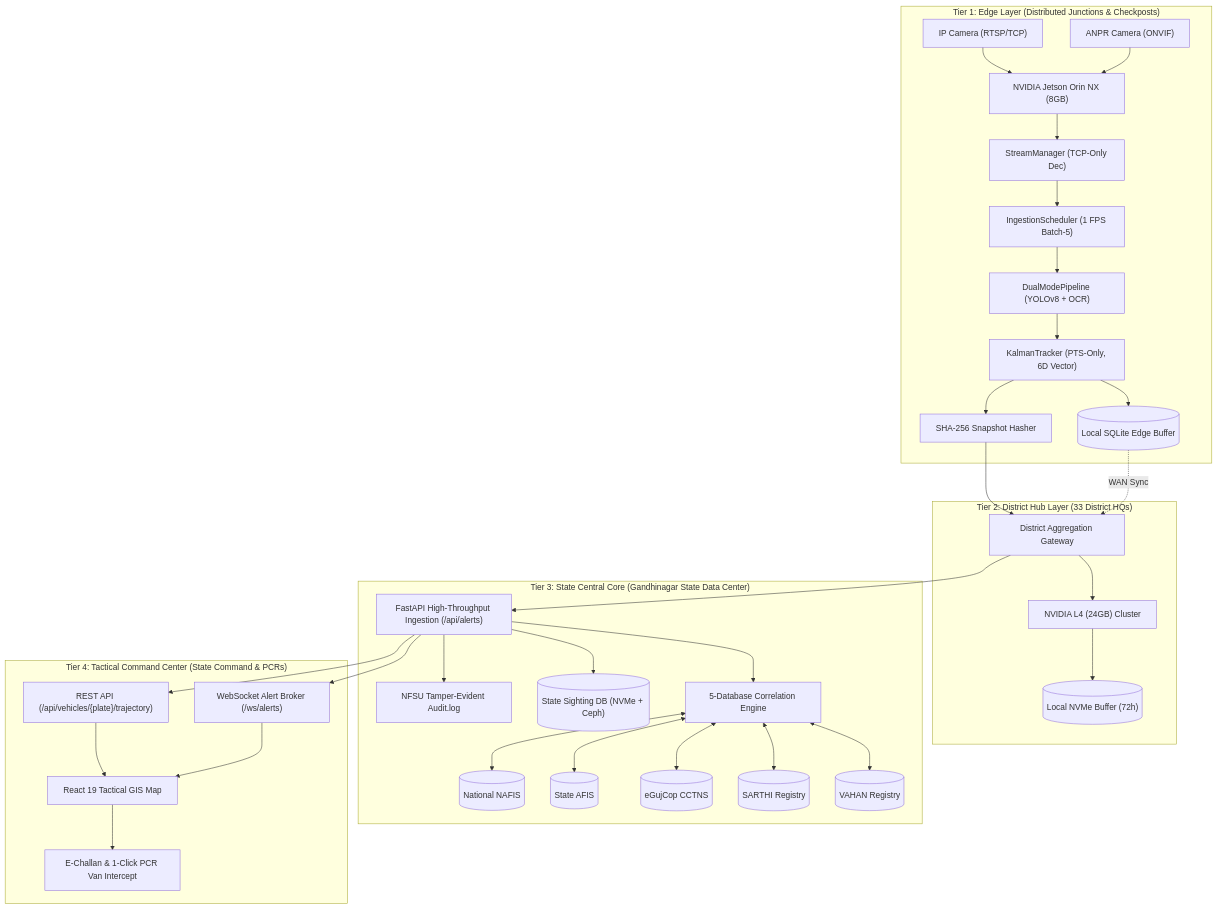
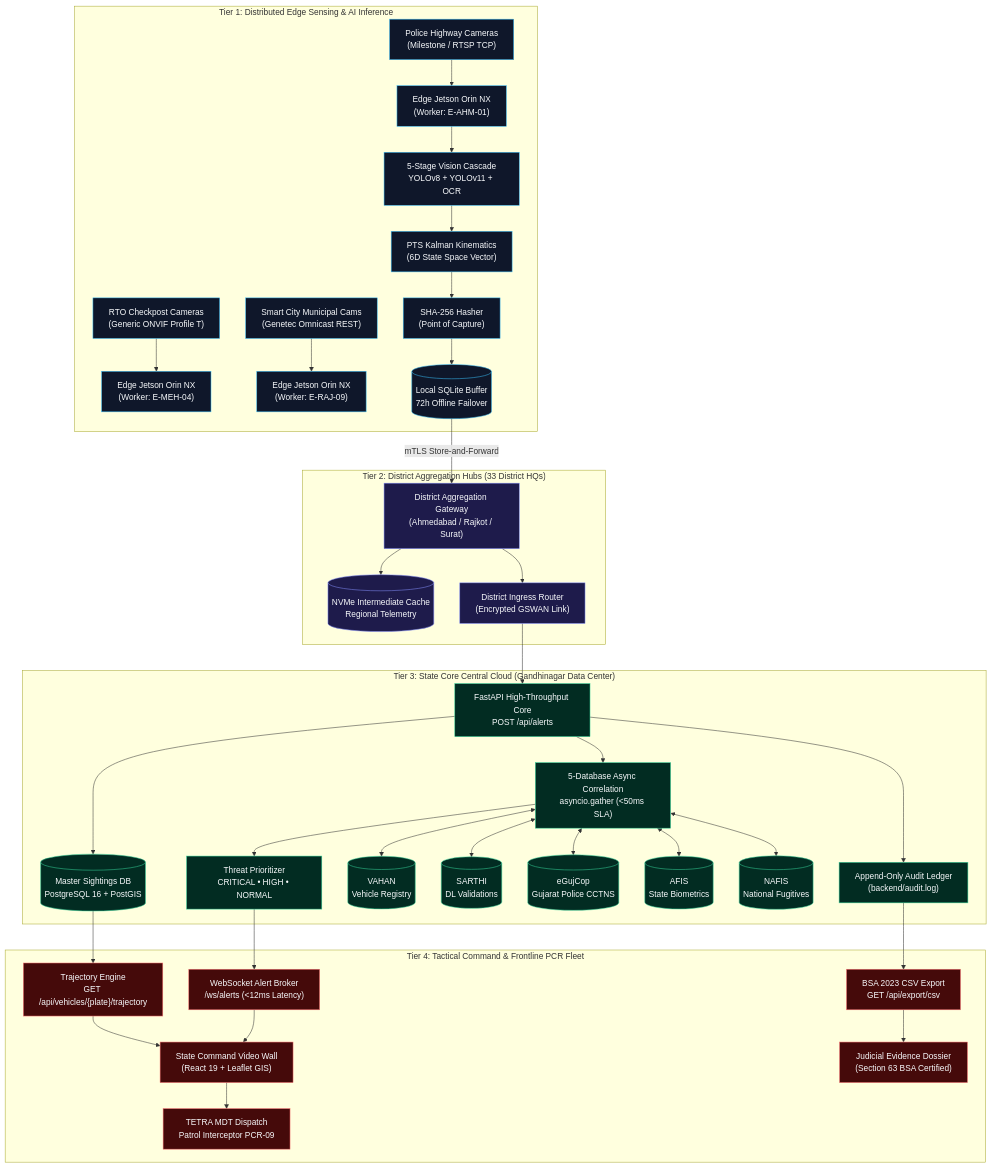
Before and after one commit to 0xvy/sentinel-2026: the first of 2 diagrams in docs/hld/SENTINEL_2026_HLD.md, drawn with Mermaid. The commit also changed other lines of this file and 3 other files, not shown here.

Commit message:
docs: add official Sentinel 2026 High-Level Design Architecture Document PDF and comprehensive 13-chapter HLD specification

````diff
--- a/docs/hld/SENTINEL_2026_HLD.md
+++ b/docs/hld/SENTINEL_2026_HLD.md
@@ -82,40 +83,55 @@
 ```mermaid
 graph TD
-    subgraph Tier1["Tier 1: Edge Layer (Distributed Junctions & Checkposts)"]
-        Cam1["IP Camera (RTSP/TCP)"] --> EdgeCluster["NVIDIA Jetson Orin NX (8GB)"]
-        Cam2["ANPR Camera (ONVIF)"] --> EdgeCluster
-        EdgeCluster --> Dec["StreamManager (TCP-Only Dec)"]
-        Dec --> Sched["IngestionScheduler (1 FPS Batch-5)"]
-        Sched --> Pipe["DualModePipeline (YOLOv8 + OCR)"]
-        Pipe --> Track["KalmanTracker (PTS-Only, 6D Vector)"]
-        Track --> EdgeDB[("Local SQLite Edge Buffer")]
-        Track --> Hash["SHA-256 Snapshot Hasher"]
+    subgraph SENSING_TIER["Tier 1: Distributed Edge Sensing & AI Inference"]
+        P_Cam["Police Highway Cameras<br/>(Milestone / RTSP TCP)"] --> Edge1["Edge Jetson Orin NX<br/>(Worker: E-AHM-01)"]
+        R_Cam["RTO Checkpost Cameras<br/>(Generic ONVIF Profile T)"] --> Edge2["Edge Jetson Orin NX<br/>(Worker: E-MEH-04)"]
+        M_Cam["Smart City Municipal Cams<br/>(Genetec Omnicast REST)"] --> Edge3["Edge Jetson Orin NX<br/>(Worker: E-RAJ-09)"]
+        
+        Edge1 --> V_Pipe1["5-Stage Vision Cascade<br/>YOLOv8 + YOLOv11 + OCR"]
+        V_Pipe1 --> K_Track1["PTS Kalman Kinematics<br/>(6D State Space Vector)"]
+        K_Track1 --> H_Sha1["SHA-256 Hasher<br/>(Point of Capture)"]
+        H_Sha1 --> E_Buff1[("Local SQLite Buffer<br/>72h Offline Failover")]
     end
 
-    subgraph Tier2["Tier 2: District Hub Layer (33 District HQs)"]
-        EdgeDB -.WAN Sync.-> DistGW["District Aggregation Gateway"]
-        Hash --> DistGW
-        DistGW --> DistProc["NVIDIA L4 (24GB) Cluster"]
-        DistProc --> DistCache[("Local NVMe Buffer (72h)")]
+    subgraph AGGREGATION_TIER["Tier 2: District Aggregation Hubs (33 District HQs)"]
+        E_Buff1 -->|mTLS Store-and-Forward| D_GW["District Aggregation Gateway<br/>(Ahmedabad / Rajkot / Surat)"]
+        D_GW --> D_NVMe[("NVMe Intermediate Cache<br/>Regional Telemetry")]
+        D_GW --> D_Load["District Ingress Router<br/>(Encrypted GSWAN Link)"]
     end
 
-    subgraph Tier3["Tier 3: State Central Core (Gandhinagar State Data Center)"]
-        DistGW --> CentralAPI["FastAPI High-Throughput Ingestion (/api/alerts)"]
-        CentralAPI --> CorrEng["5-Database Correlation Engine"]
-        CorrEng <--> VAHAN[("VAHAN Registry")]
-        CorrEng <--> SARTHI[("SARTHI Registry")]
-        CorrEng <--> eGujCop[("eGujCop CCTNS")]
-        CorrEng <--> AFIS[("State AFIS")]
-        CorrEng <--> NAFIS[("National NAFIS")]
-        CentralAPI --> StateDB[("State Sighting DB (NVMe + Ceph)")]
-        CentralAPI --> AuditLedger["NFSU Tamper-Evident Audit.log"]
+    subgraph STATE_CORE_TIER["Tier 3: State Core Central Cloud (Gandhinagar Data Center)"]
+        D_Load --> API_Ingest["FastAPI High-Throughput Core<br/>POST /api/alerts"]
+        API_Ingest --> S_MasterDB[("Master Sightings DB<br/>PostgreSQL 16 + PostGIS")]
+        API_Ingest --> S_AuditLog["Append-Only Audit Ledger<br/>(backend/audit.log)"]
+        
+        API_Ingest --> DB_Fanout["5-Database Async Correlation<br/>asyncio.gather (<50ms SLA)"]
+        DB_Fanout <--> D_VAHAN[("VAHAN<br/>Vehicle Registry")]
+        DB_Fanout <--> D_SARTHI[("SARTHI<br/>DL Validations")]
+        DB_Fanout <--> D_EGUJCOP[("eGujCop<br/>Gujarat Police CCTNS")]
+        DB_Fanout <--> D_AFIS[("AFIS<br/>State Biometrics")]
+        DB_Fanout <--> D_NAFIS[("NAFIS<br/>National Fugitives")]
+        
+        DB_Fanout --> Threat_Score["Threat Prioritizer<br/>CRITICAL • HIGH • NORMAL"]
     end
 
-    subgraph Tier4["Tier 4: Tactical Command Center (State Command & PCRs)"]
-        CentralAPI --> WSBroker["WebSocket Alert Broker (/ws/alerts)"]
-        WSBroker --> CommandUI["React 19 Tactical GIS Map"]
-        CentralAPI --> RESTAPI["REST API (/api/vehicles/{plate}/trajectory)"]
-        RESTAPI --> CommandUI
-        CommandUI --> PCRDispatch["E-Challan & 1-Click PCR Van Intercept"]
+    subgraph TACTICAL_TIER["Tier 4: Tactical Command & Frontline PCR Fleet"]
+        Threat_Score --> WS_Hub["WebSocket Alert Broker<br/>/ws/alerts (<12ms Latency)"]
+        S_MasterDB --> Traj_API["Trajectory Engine<br/>GET /api/vehicles/{plate}/trajectory"]
+        S_AuditLog --> CSV_Exp["BSA 2023 CSV Export<br/>GET /api/export/csv"]
+        
+        WS_Hub --> Tactical_UI["State Command Video Wall<br/>(React 19 + Leaflet GIS)"]
+        Traj_API --> Tactical_UI
+        Tactical_UI --> PCR_MDT["TETRA MDT Dispatch<br/>Patrol Interceptor PCR-09"]
+        CSV_Exp --> Court_Dossier["Judicial Evidence Dossier<br/>(Section 63 BSA Certified)"]
     end
+
+    classDef sTier fill:#0f172a,stroke:#38bdf8,stroke-width:1px,color:#f8fafc;
+    classDef aTier fill:#1e1b4b,stroke:#818cf8,stroke-width:1px,color:#f8fafc;
+    classDef cTier fill:#022c22,stroke:#34d399,stroke-width:1px,color:#f8fafc;
+    classDef tTier fill:#450a0a,stroke:#f87171,stroke-width:1px,color:#f8fafc;
+
+    class P_Cam,R_Cam,M_Cam,Edge1,Edge2,Edge3,V_Pipe1,K_Track1,H_Sha1,E_Buff1 sTier;
+    class D_GW,D_NVMe,D_Load aTier;
+    class API_Ingest,S_MasterDB,S_AuditLog,DB_Fanout,D_VAHAN,D_SARTHI,D_EGUJCOP,D_AFIS,D_NAFIS,Threat_Score cTier;
+    class WS_Hub,Traj_API,CSV_Exp,Tactical_UI,PCR_MDT,Court_Dossier tTier;
 ```
````
